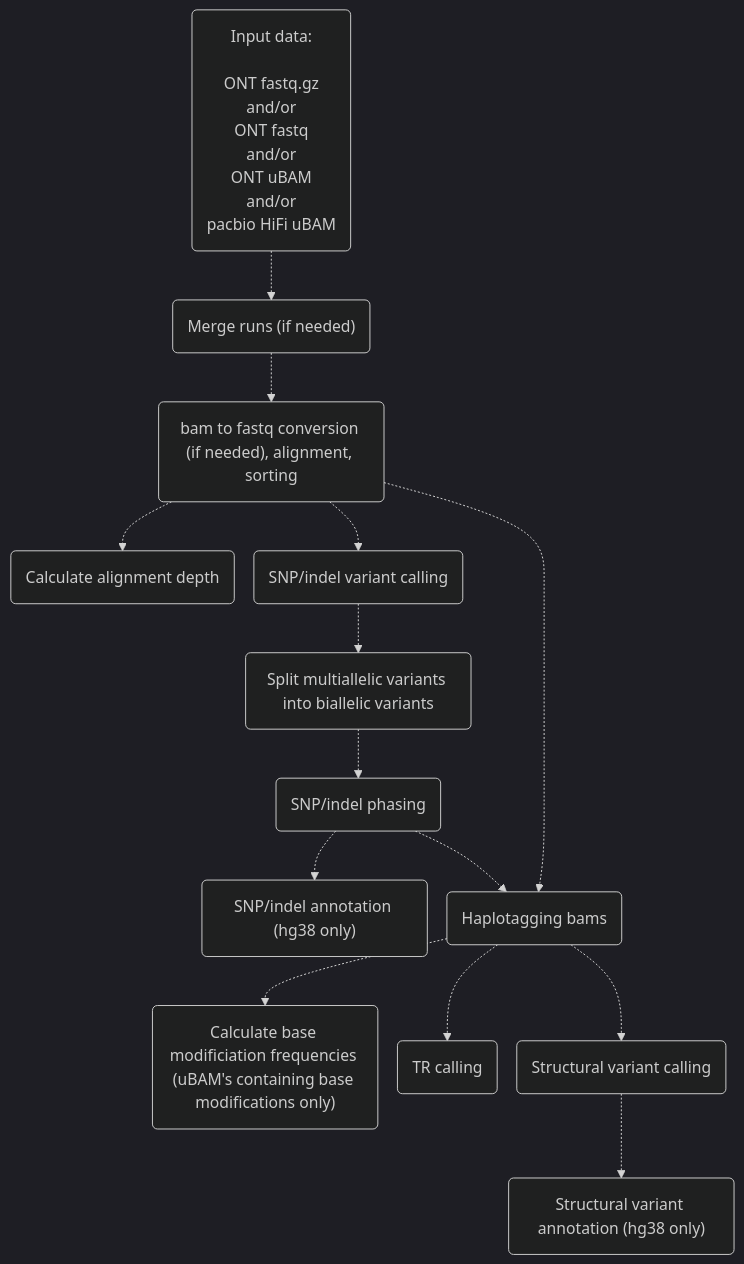
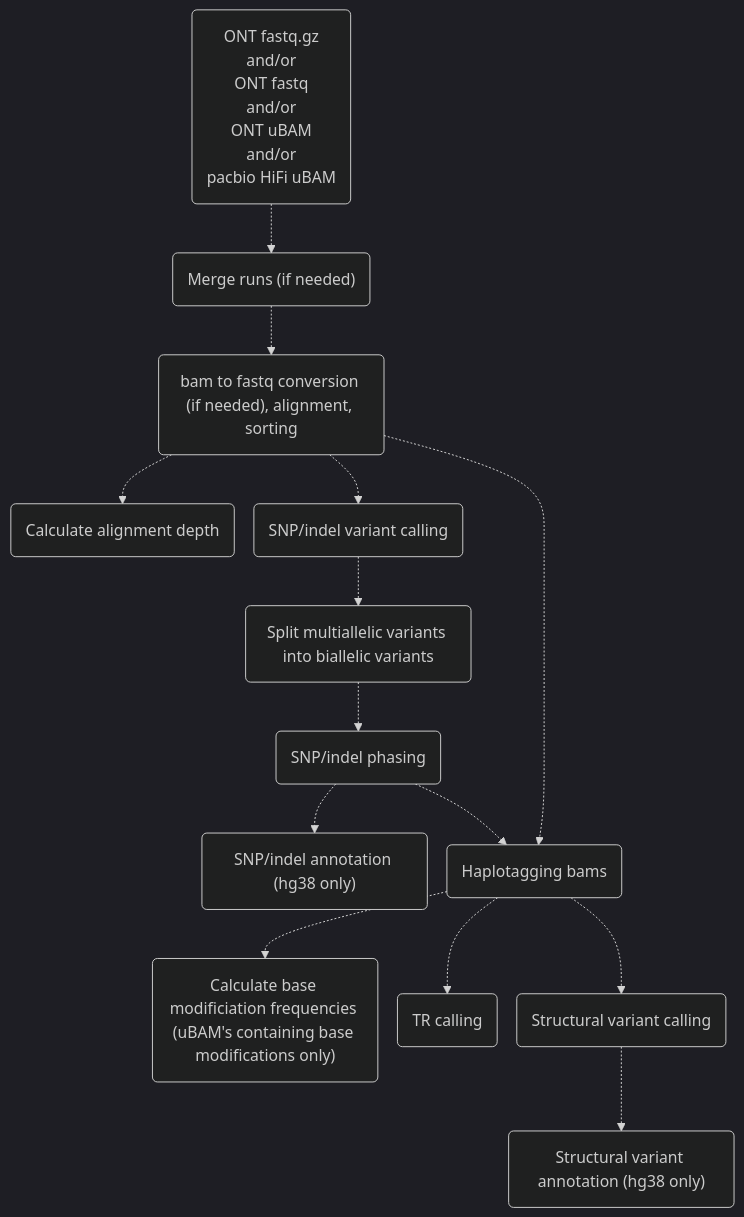
One commit to leahkemp/pipeface changed the first of 3 diagrams in docs/pipeface/info.md. Above: the diagram before and after it, drawn with Mermaid. The commit also changed other lines of this file and 1 other file, not shown here.

````diff
--- a/docs/pipeface/info.md
+++ b/docs/pipeface/info.md
@@ -7,26 +7,27 @@
 ```mermaid
 %%{init:{'theme':'dark','themeVariables':{'fontSize':'11'},'flowchart':{'nodeSpacing':20}}}%%
 flowchart TB
 
-input_data("Input data: <br><br> ONT fastq.gz <br> and/or <br> ONT fastq <br> and/or <br> ONT uBAM <br> and/or <br> pacbio HiFi uBAM")
+input_data("ONT fastq.gz <br> and/or <br> ONT fastq <br> and/or <br> ONT uBAM <br> and/or <br> pacbio HiFi uBAM")
 merging("Merge runs (if needed)")
 alignment("bam to fastq conversion (if needed), alignment, sorting")
 depth("Calculate alignment depth")
 snp_indel_calling("SNP/indel variant calling")
 split_multiallele("Split multiallelic variants into biallelic variants")
 snp_indel_phasing("SNP/indel phasing")
 snp_indel_annotation("SNP/indel annotation (hg38 only)")
 haplotagging("Haplotagging bams")
 calculate_base_mod_freqs("Calculate base modificiation frequencies (uBAM's containing base modifications only)")
 tr_calling("TR calling")
 sv_calling("Structural variant calling")
 sv_annotation("Structural variant annotation (hg38 only)")
 
 input_data-.->merging-.->alignment-.->snp_indel_calling-.->split_multiallele-.->snp_indel_phasing-.->haplotagging-.->sv_calling
 alignment-.->depth
 alignment-.->haplotagging
 haplotagging-.->calculate_base_mod_freqs
 haplotagging-.->tr_calling
 snp_indel_phasing-.->snp_indel_annotation
 sv_calling-.->sv_annotation
+
 ```
````
